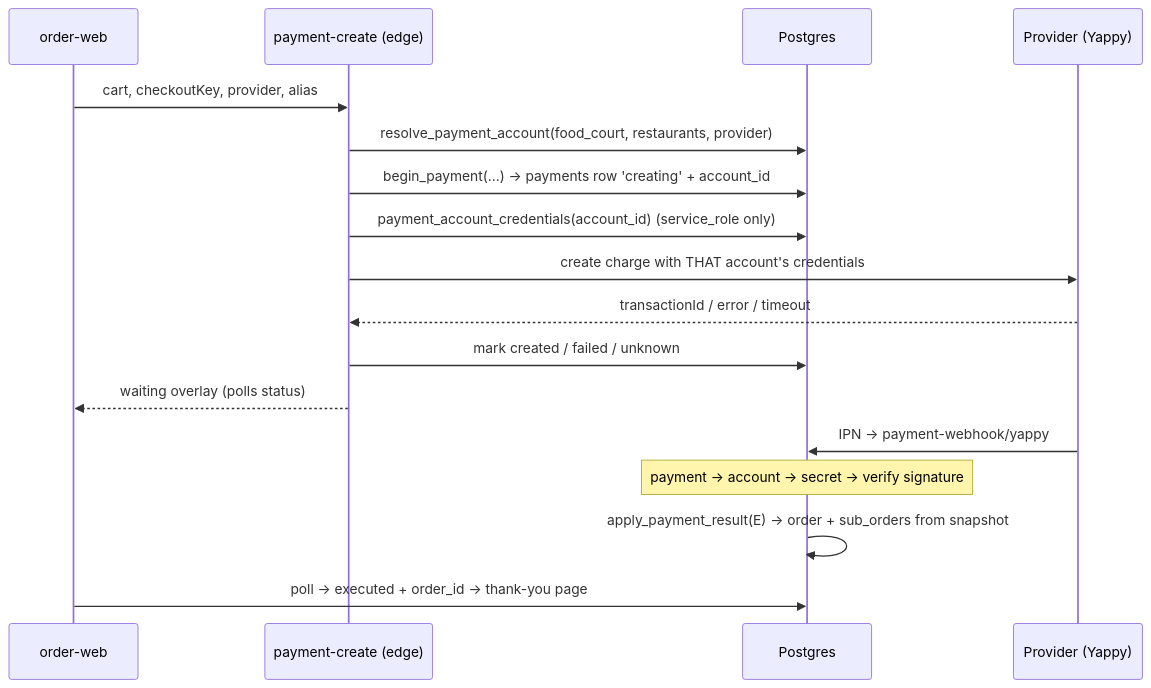
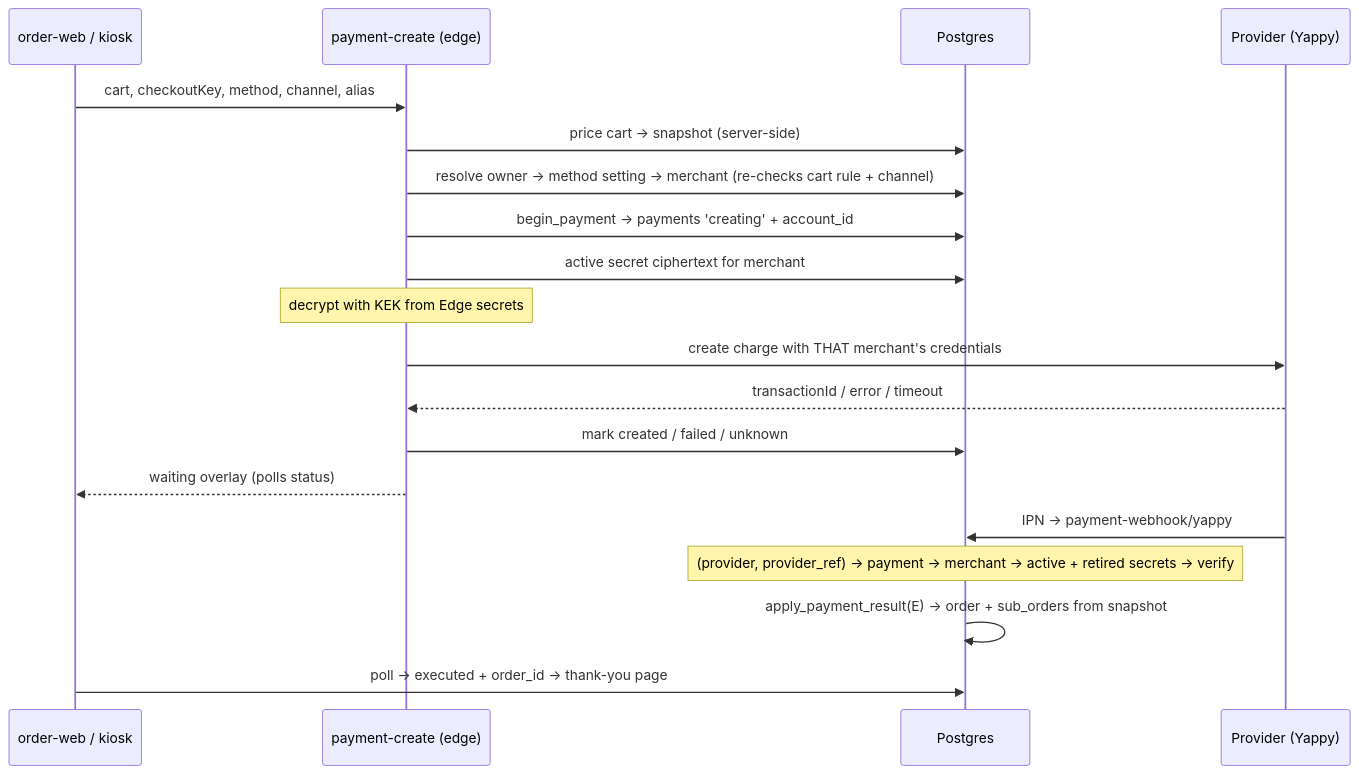
Before and after one commit to estoeskiki/kiki-app: the second of 3 diagrams in plans/payments-architecture.md, drawn with Mermaid. The commit also changed other lines of this file and 1 other file, not shown here.

First line of the commit message:
docs: payments architecture rev 4 and test matrix

````diff
--- a/plans/payments-architecture.md
+++ b/plans/payments-architecture.md
@@ -116,19 +184,21 @@
 ```mermaid
 sequenceDiagram
-    participant W as order-web
+    participant W as order-web / kiosk
     participant C as payment-create (edge)
     participant DB as Postgres
     participant P as Provider (Yappy)
-    W->>C: cart, checkoutKey, provider, alias
-    C->>DB: resolve_payment_account(food_court, restaurants, provider)
-    C->>DB: begin_payment(...) → payments row 'creating' + account_id
-    C->>DB: payment_account_credentials(account_id) (service_role only)
-    C->>P: create charge with THAT account's credentials
+    W->>C: cart, checkoutKey, method, channel, alias
+    C->>DB: price cart → snapshot (server-side)
+    C->>DB: resolve owner → method setting → merchant (re-checks cart rule + channel)
+    C->>DB: begin_payment → payments 'creating' + account_id
+    C->>DB: active secret ciphertext for merchant
+    Note over C: decrypt with KEK from Edge secrets
+    C->>P: create charge with THAT merchant's credentials
     P-->>C: transactionId / error / timeout
     C->>DB: mark created / failed / unknown
     C-->>W: waiting overlay (polls status)
     P->>DB: IPN → payment-webhook/yappy
-    Note over DB: payment → account → secret → verify signature
+    Note over DB: (provider, provider_ref) → payment → merchant → active + retired secrets → verify
     DB->>DB: apply_payment_result(E) → order + sub_orders from snapshot
     W->>DB: poll → executed + order_id → thank-you page
 ```
````
